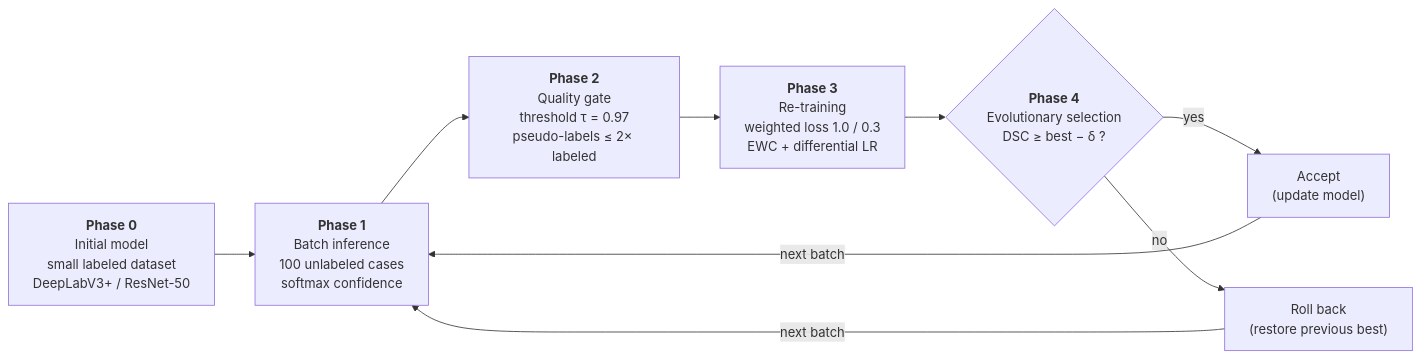
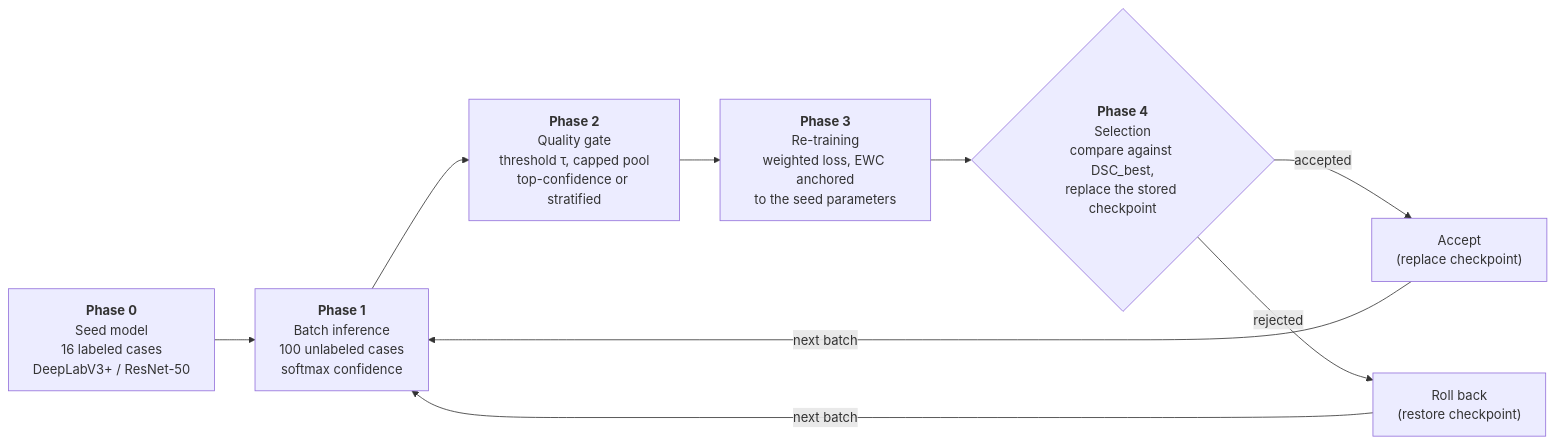
The diagram in README.md (MIA-laboratory/GT_MRA), drawn with Mermaid before and after one commit. The commit also changed other lines of this file and 1 other file, not shown here.

First line of the commit message:
Update README and framework figure for the published article

````diff
--- a/README.md
+++ b/README.md
@@ -23,16 +33,16 @@
 ```mermaid
 flowchart LR
-    P0["<b>Phase 0</b><br>Initial model<br>small labeled dataset<br>DeepLabV3+ / ResNet-50"]
+    P0["<b>Phase 0</b><br>Seed model<br>16 labeled cases<br>DeepLabV3+ / ResNet-50"]
     P1["<b>Phase 1</b><br>Batch inference<br>100 unlabeled cases<br>softmax confidence"]
-    P2["<b>Phase 2</b><br>Quality gate<br>threshold τ = 0.97<br>pseudo-labels ≤ 2× labeled"]
-    P3["<b>Phase 3</b><br>Re-training<br>weighted loss 1.0 / 0.3<br>EWC + differential LR"]
-    P4{"<b>Phase 4</b><br>Evolutionary selection<br>DSC ≥ best − δ ?"}
-    KEEP["Accept<br>(update model)"]
-    BACK["Roll back<br>(restore previous best)"]
+    P2["<b>Phase 2</b><br>Quality gate<br>threshold τ, capped pool<br>top-confidence or stratified"]
+    P3["<b>Phase 3</b><br>Re-training<br>weighted loss, EWC anchored<br>to the seed parameters"]
+    P4{"<b>Phase 4</b><br>Selection<br>compare against DSC_best,<br>replace the stored checkpoint"}
+    KEEP["Accept<br>(replace checkpoint)"]
+    BACK["Roll back<br>(restore checkpoint)"]
 
     P0 --> P1 --> P2 --> P3 --> P4
-    P4 -- yes --> KEEP
-    P4 -- no --> BACK
+    P4 -- accepted --> KEEP
+    P4 -- rejected --> BACK
     KEEP -- next batch --> P1
     BACK -- next batch --> P1
 ```
````
